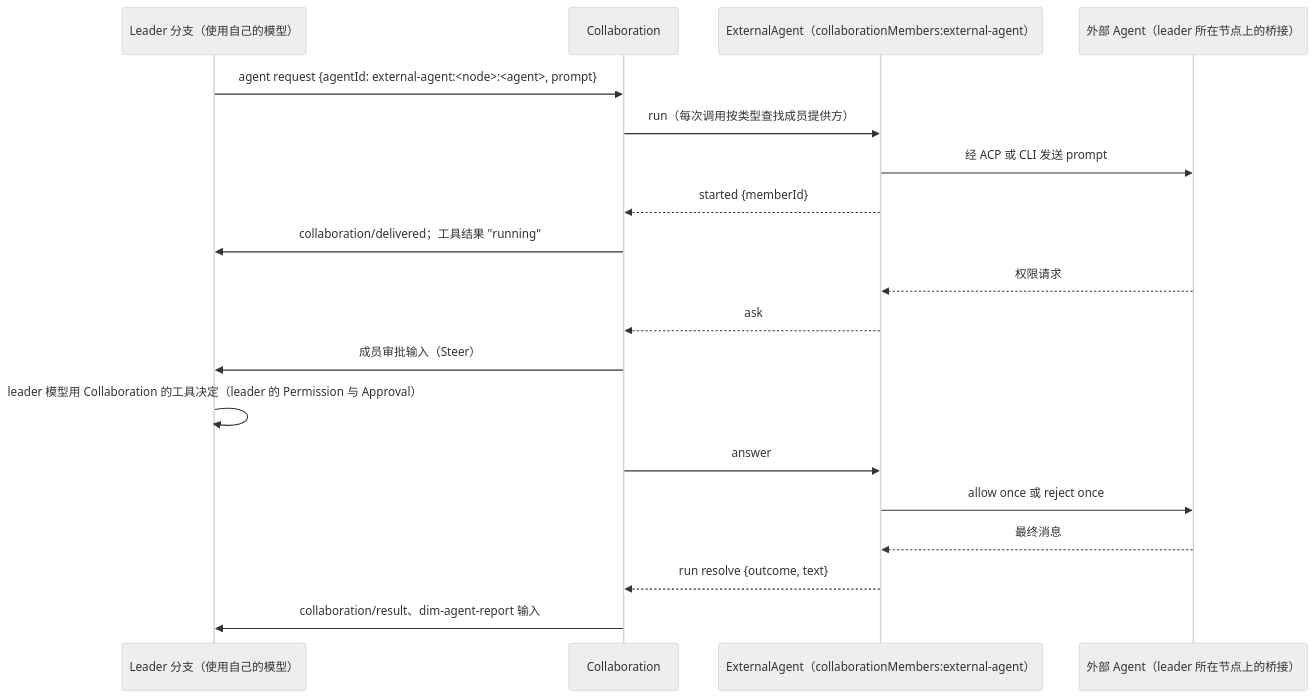
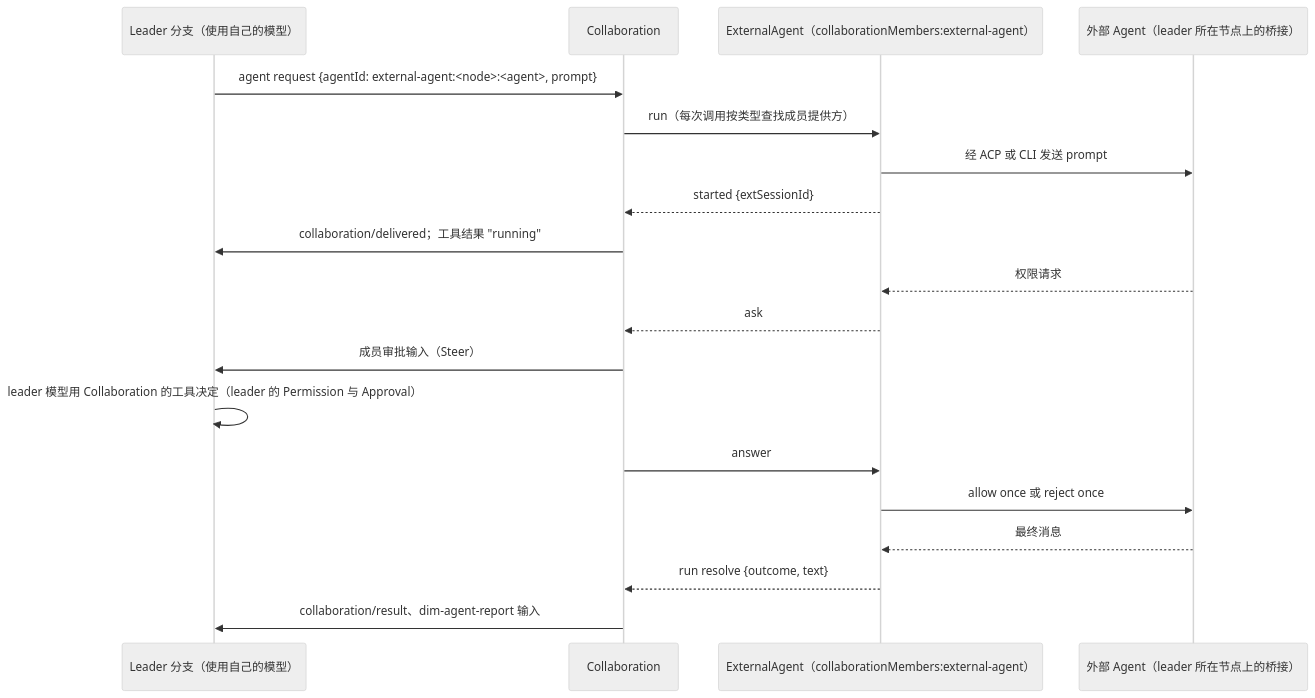
Before and after one commit to CoutinhoTTS/dim-agent: the eighth of 8 diagrams in docs/zh/design/overview.md, drawn with Mermaid (neutral theme). The commit also changed other lines of this file and 7 other files, not shown here.

````diff
--- a/docs/zh/design/overview.md
+++ b/docs/zh/design/overview.md
@@ -294,21 +294,21 @@
 ```mermaid
 sequenceDiagram
   participant L as Leader 分支（使用自己的模型）
   participant C as Collaboration
   participant X as ExternalAgent（collaborationMembers:external-agent）
   participant EA as 外部 Agent（leader 所在节点上的桥接）
   L->>C: agent request {agentId: external-agent:<node>:<agent>, prompt}
   C->>X: run（每次调用按类型查找成员提供方）
   X->>EA: 经 ACP 或 CLI 发送 prompt
-  X-->>C: started {memberId}
+  X-->>C: started {extSessionId}
   C->>L: collaboration/delivered；工具结果 "running"
   EA-->>X: 权限请求
   X-->>C: ask
   C->>L: 成员审批输入（Steer）
   L->>L: leader 模型用 Collaboration 的工具决定（leader 的 Permission 与 Approval）
   C->>X: answer
   X->>EA: allow once 或 reject once
   EA-->>X: 最终消息
   X-->>C: run resolve {outcome, text}
   C->>L: collaboration/result、dim-agent-report 输入
 ```
````
